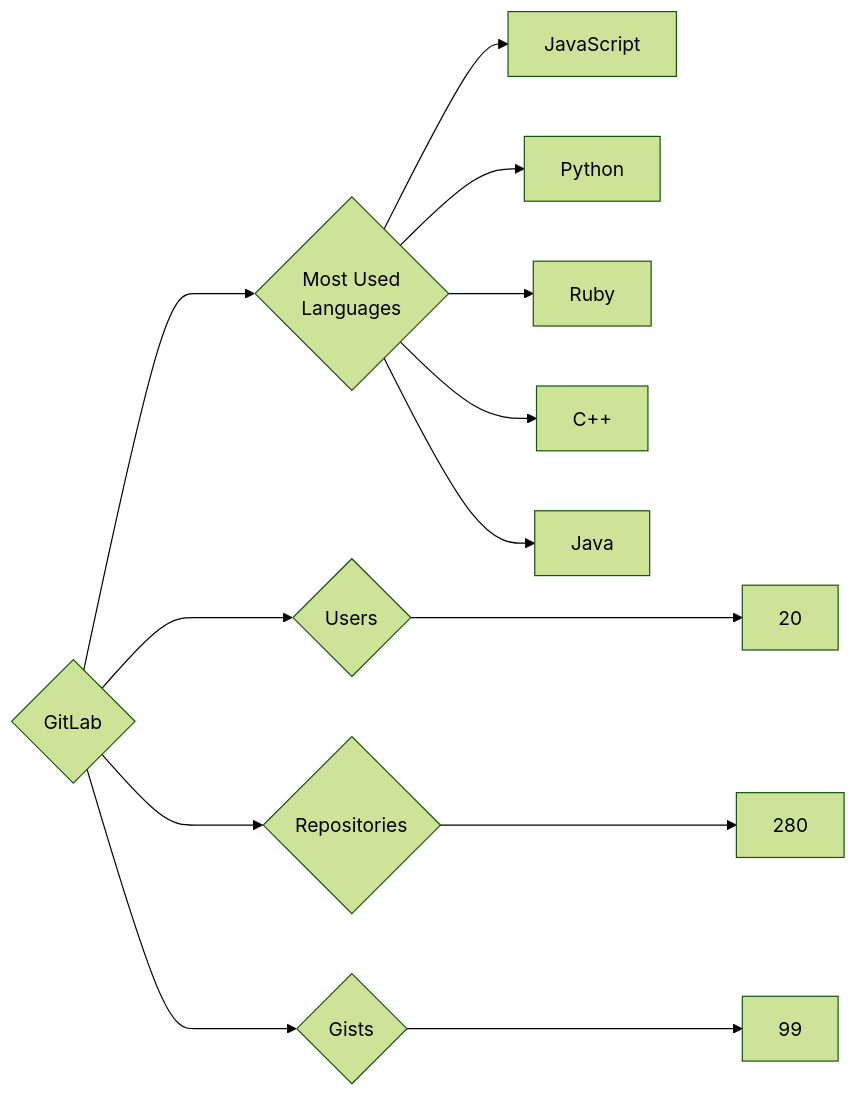
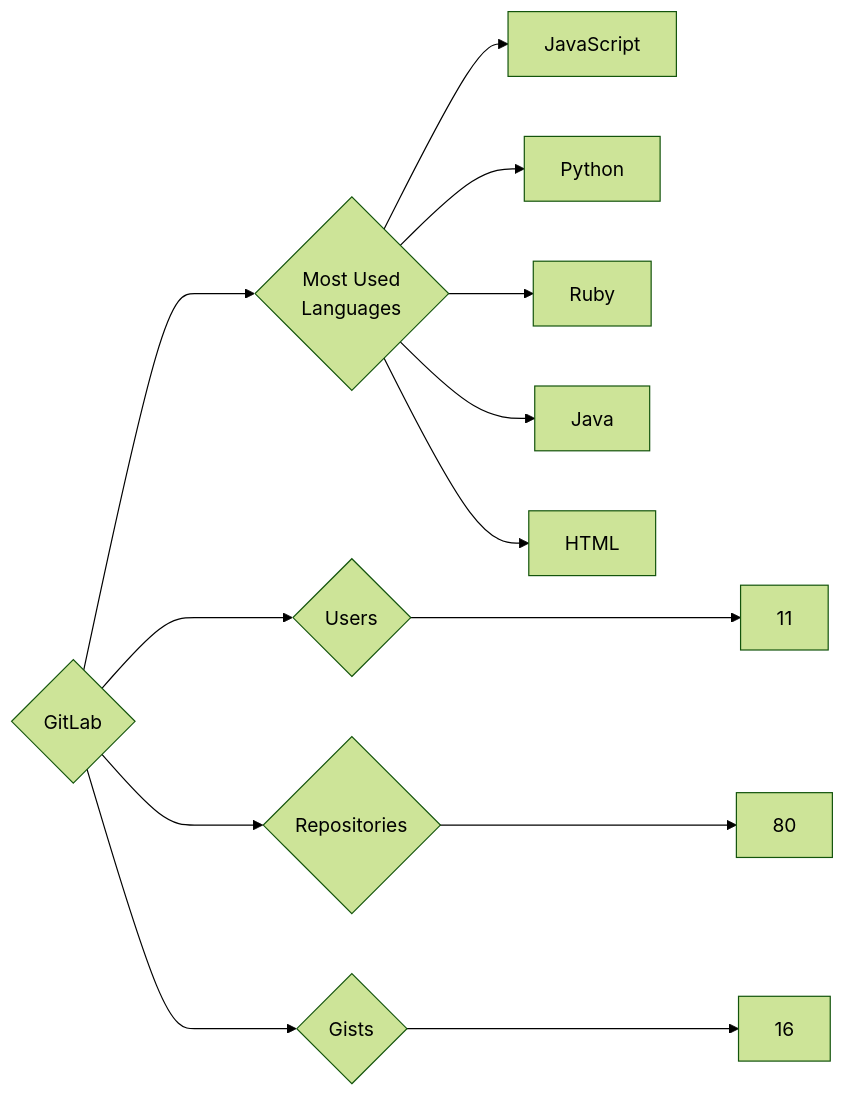
The diagram in targets/GitLab/README.md (trickest/insiders), drawn with Mermaid (forest theme) before and after one commit. The commit also changed 748 other files, not shown here.

````diff
--- a/targets/GitLab/README.md
+++ b/targets/GitLab/README.md
@@ -3,13 +3,13 @@
 ```mermaid
 graph LR
 COMPANY_NAME{GitLab}
-COMPANY_NAME ---> U{Users} ---> UN[20]
-COMPANY_NAME ---> R{Repositories} ---> RN[280]
-COMPANY_NAME ---> G{Gists} ---> GN[99]
+COMPANY_NAME ---> U{Users} ---> UN[11]
+COMPANY_NAME ---> R{Repositories} ---> RN[80]
+COMPANY_NAME ---> G{Gists} ---> GN[16]
 COMPANY_NAME ---> ML{Most Used<br>Languages}
 ML --> JavaScript[JavaScript]
 ML --> Python[Python]
 ML --> Ruby[Ruby]
-ML --> C++[C++]
 ML --> Java[Java]
+ML --> HTML[HTML]
 ```
````
